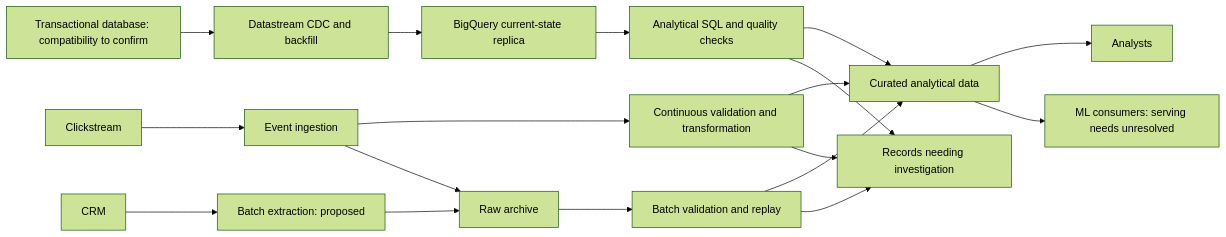
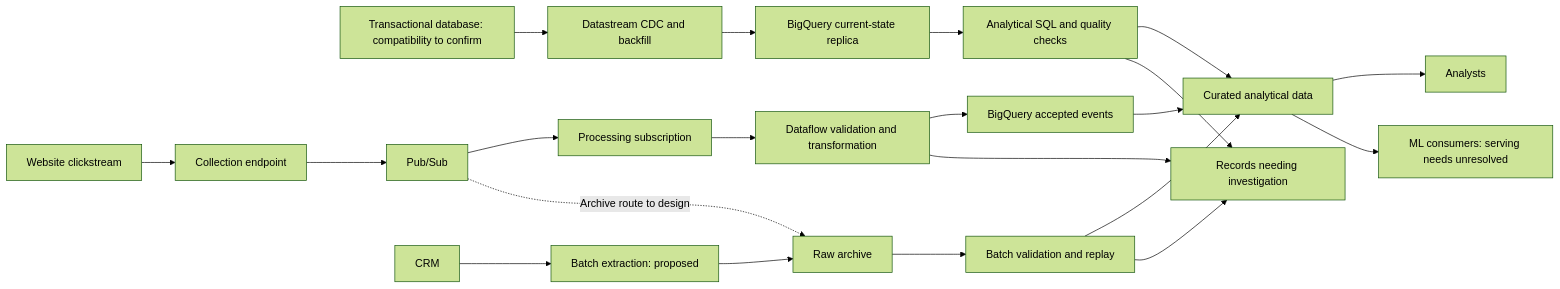
The diagram in docs/architecture.md (JamieLCampbell/SeniorEngineerJobApplication), drawn with Mermaid (forest theme) before and after one commit. The commit also changed other lines of this file and 5 other files, not shown here.

First line of the commit message:
Add the clickstream ingestion route

````diff
--- a/docs/architecture.md
+++ b/docs/architecture.md
@@ -11,20 +11,23 @@
 ```mermaid
 flowchart LR
     T[Transactional database: compatibility to confirm] --> D[Datastream CDC and backfill]
     D --> W[BigQuery current-state replica]
     W --> S[Analytical SQL and quality checks]
     S --> Q[Curated analytical data]
-    C[Clickstream] --> E[Event ingestion]
-    E --> P[Continuous validation and transformation]
-    E --> R[Raw archive]
+    C[Website clickstream] --> H[Collection endpoint]
+    H --> E[Pub/Sub]
+    E --> U[Processing subscription]
+    U --> P[Dataflow validation and transformation]
+    E -. Archive route to design .-> R[Raw archive]
     M[CRM] --> B[Batch extraction: proposed]
     B --> R
     R --> X[Batch validation and replay]
-    P --> Q
+    P --> V[BigQuery accepted events]
+    V --> Q
     X --> Q
     P --> I[Records needing investigation]
     X --> I
     S --> I
     Q --> A[Analysts]
     Q --> L[ML consumers: serving needs unresolved]
 ```
````
